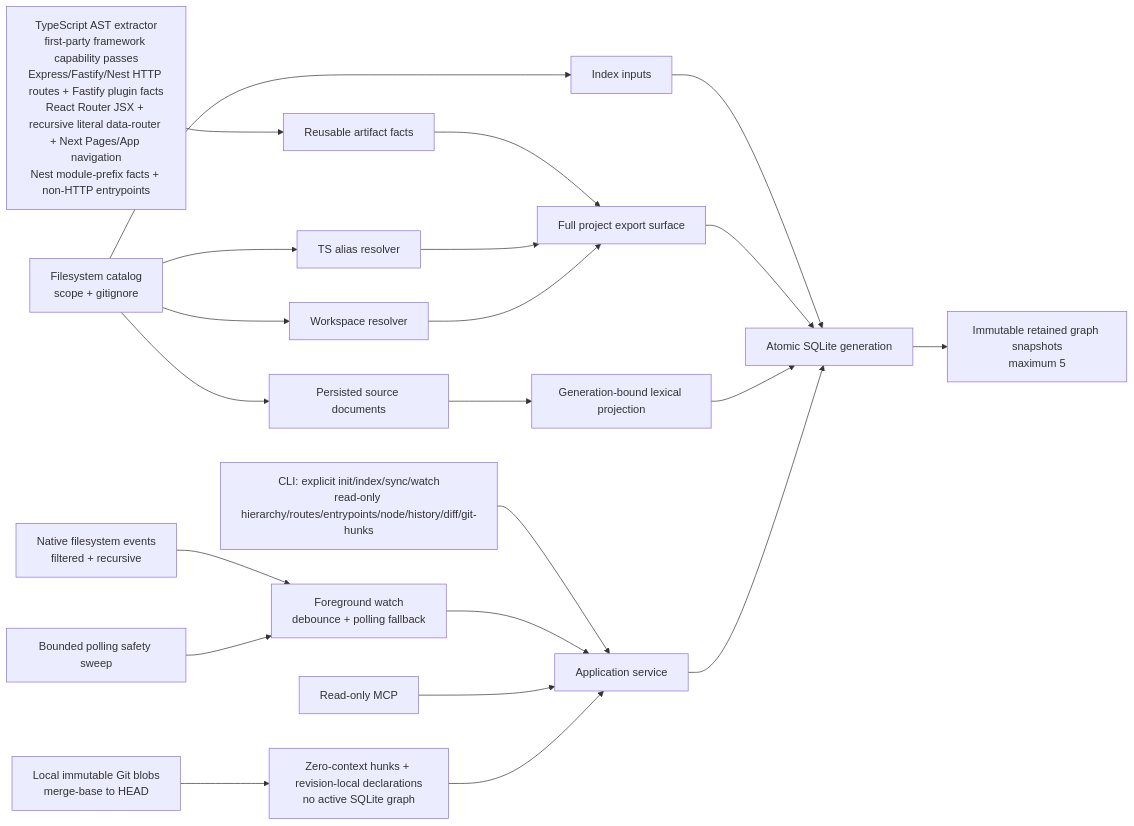
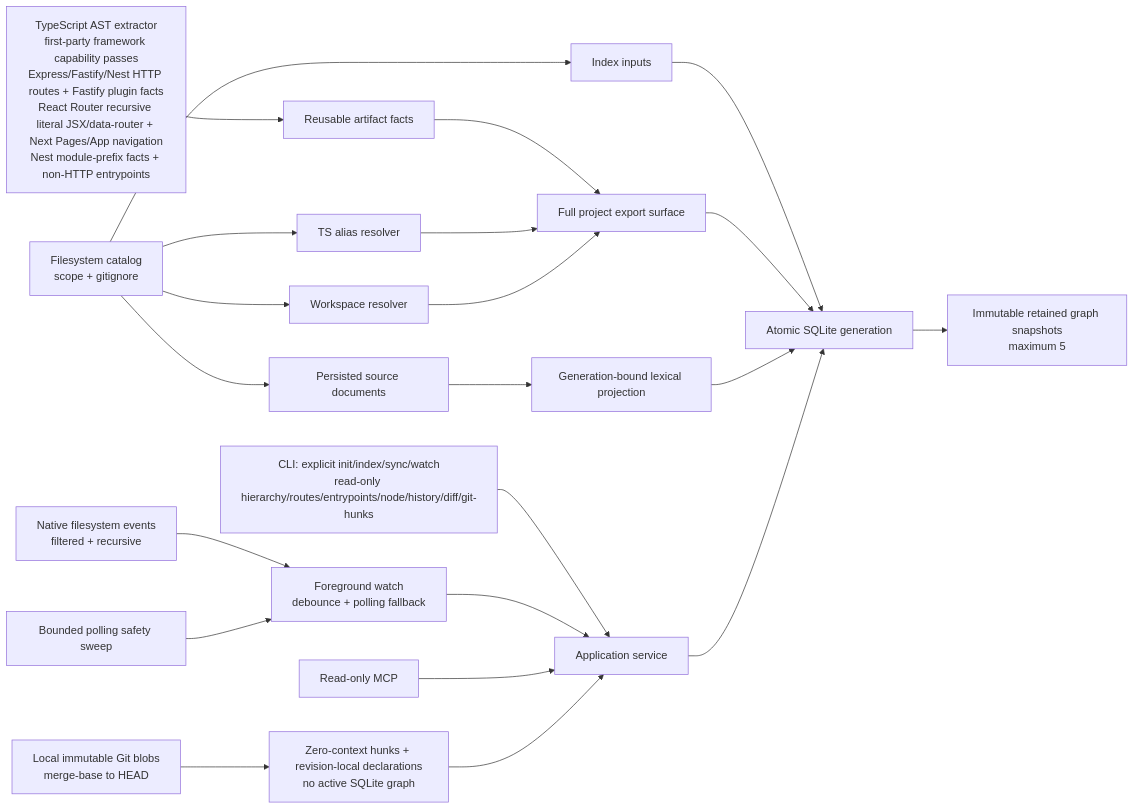
Before and after one commit to HsinPu/SymbolLattice: the diagram in README.md, drawn with Mermaid. The commit also changed other lines of this file and 9 other files, not shown here.

````diff
--- a/README.md
+++ b/README.md
@@ -865,23 +870,23 @@
 ```mermaid
 flowchart LR
   CLI["CLI: explicit init/index/sync/watch\nread-only hierarchy/routes/entrypoints/node/history/diff/git-hunks"] --> App["Application service"]
   Native["Native filesystem events\nfiltered + recursive"] --> Watch["Foreground watch\ndebounce + polling fallback"]
   Timer["Bounded polling safety sweep"] --> Watch
   Watch --> App
   MCP["Read-only MCP"] --> App
   Git["Local immutable Git blobs\nmerge-base to HEAD"] --> GitHunks["Zero-context hunks + revision-local declarations\nno active SQLite graph"] --> App
   Catalog["Filesystem catalog\nscope + gitignore"] --> Inputs["Index inputs"]
   Catalog --> TS["TS alias resolver"]
   Catalog --> WS["Workspace resolver"]
-  Extractor["TypeScript AST extractor\nfirst-party framework capability passes\nExpress/Fastify/Nest HTTP routes + Fastify plugin facts\nReact Router JSX + recursive literal data-router + Next Pages/App navigation\nNest module-prefix facts + non-HTTP entrypoints"] --> Facts["Reusable artifact facts"]
+  Extractor["TypeScript AST extractor\nfirst-party framework capability passes\nExpress/Fastify/Nest HTTP routes + Fastify plugin facts\nReact Router recursive literal JSX/data-router + Next Pages/App navigation\nNest module-prefix facts + non-HTTP entrypoints"] --> Facts["Reusable artifact facts"]
   Catalog --> SourceDocs["Persisted source documents"]
   SourceDocs --> Retrieval["Generation-bound lexical projection"]
   Facts --> Resolver["Full project export surface"]
   TS --> Resolver
   WS --> Resolver
   Inputs --> SQLite["Atomic SQLite generation"]
   Resolver --> SQLite
   Retrieval --> SQLite
   SQLite --> Retained["Immutable retained graph snapshots\nmaximum 5"]
   App --> SQLite
 ```
````
